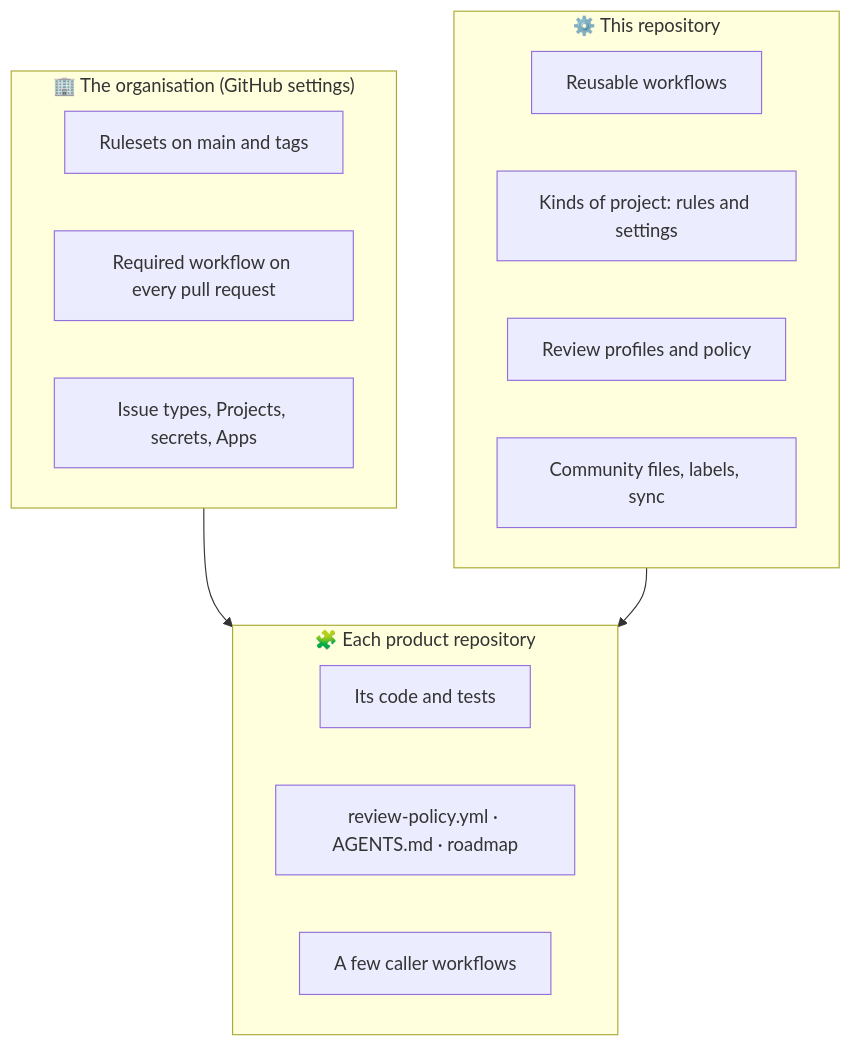
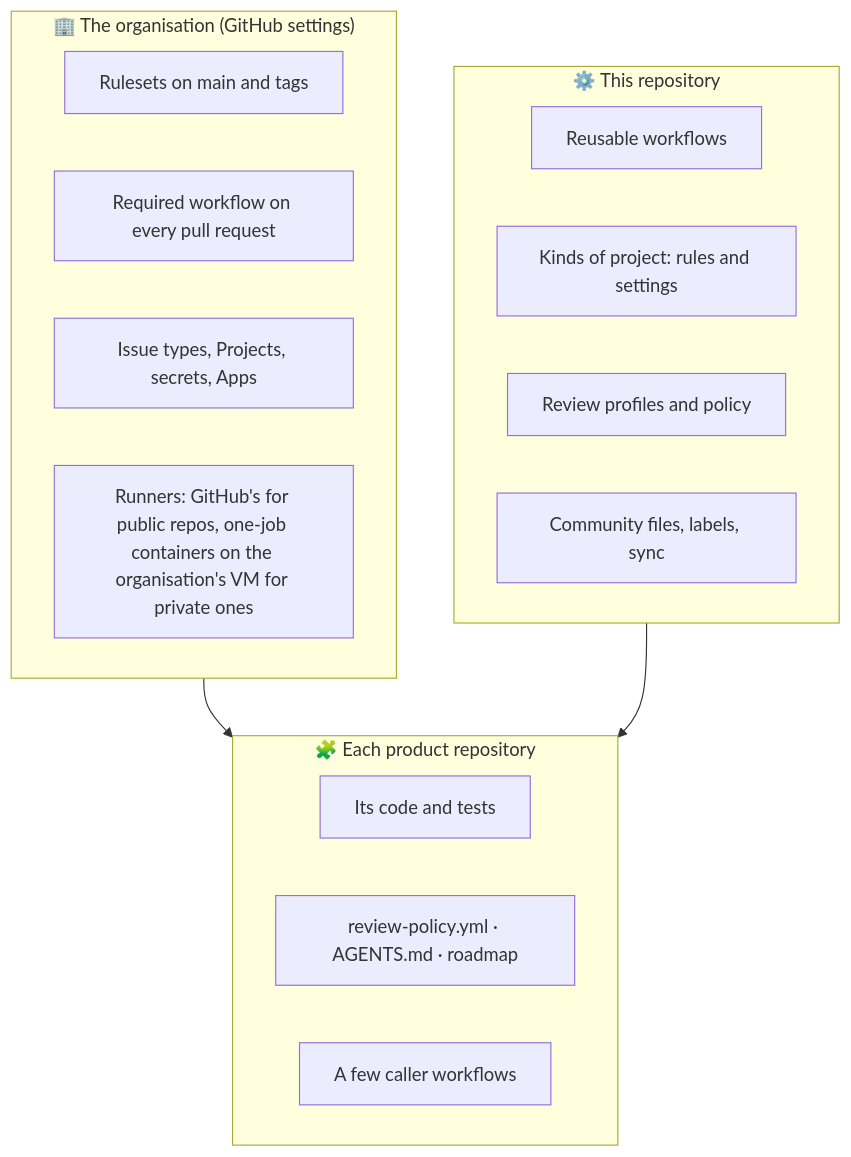
Before and after one commit to DiluxOne/.github: the second of 2 diagrams in README.md, drawn with Mermaid. The commit also changed other lines of this file and 2 other files, not shown here.

First line of the commit message:
docs: describe the runners, the VM and joining the organisation (#96)

````diff
--- a/README.md
+++ b/README.md
@@ -40,21 +40,22 @@
 ```mermaid
 flowchart TB
     subgraph ORG["🏢 The organisation (GitHub settings)"]
         O1["Rulesets on main and tags"]
         O2["Required workflow on every pull request"]
         O3["Issue types, Projects, secrets, Apps"]
+        O4["Runners: GitHub's for public repos, one-job containers on the organisation's VM for private ones"]
     end
     subgraph HUB["⚙️ This repository"]
         H1["Reusable workflows"]
         H2["Kinds of project: rules and settings"]
         H3["Review profiles and policy"]
         H4["Community files, labels, sync"]
     end
     subgraph REPO["🧩 Each product repository"]
         R1["Its code and tests"]
         R2["review-policy.yml · AGENTS.md · roadmap"]
         R3["A few caller workflows"]
     end
     ORG --> REPO
     HUB --> REPO
 ```
````
